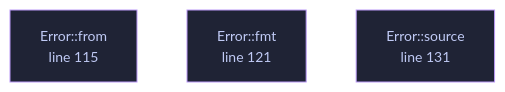
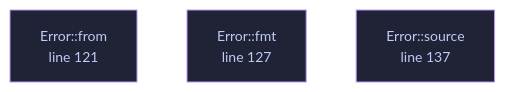
One commit to tilas01/veilvoice changed the diagram in docs/files/veilvoice-guard/lib.md. Above: the diagram before and after it, drawn with Mermaid. The commit also changed other lines of this file and 115 other files, not shown here.

````diff
--- a/docs/files/veilvoice-guard/lib.md
+++ b/docs/files/veilvoice-guard/lib.md
@@ -113,14 +117,14 @@
 ```mermaid
 %%{init: {"theme":"base","themeVariables":{"background":"#1a1b26","primaryColor":"#1f2335","primaryTextColor":"#c0caf5","primaryBorderColor":"#7aa2f7","secondaryColor":"#16161e","tertiaryColor":"#16161e","lineColor":"#737aa2","textColor":"#c0caf5","mainBkg":"#1f2335","nodeBorder":"#7aa2f7","clusterBkg":"#16161e","clusterBorder":"#2f3549","fontFamily":"ui-monospace, SFMono-Regular, Consolas, monospace","fontSize":"14px"}}}%%
 flowchart TD
-    n_from["Error::from<br/>line 109"]
     n_from["Error::from<br/>line 115"]
-    n_fmt["Error::fmt<br/>line 121"]
-    n_source["Error::source<br/>line 131"]
-    click n_from href "https://github.com/tilas01/veilvoice/blob/main/crates/veilvoice-guard/src/lib.rs#L109" "open the source"
+    n_from["Error::from<br/>line 121"]
+    n_fmt["Error::fmt<br/>line 127"]
+    n_source["Error::source<br/>line 137"]
     click n_from href "https://github.com/tilas01/veilvoice/blob/main/crates/veilvoice-guard/src/lib.rs#L115" "open the source"
-    click n_fmt href "https://github.com/tilas01/veilvoice/blob/main/crates/veilvoice-guard/src/lib.rs#L121" "open the source"
-    click n_source href "https://github.com/tilas01/veilvoice/blob/main/crates/veilvoice-guard/src/lib.rs#L131" "open the source"
+    click n_from href "https://github.com/tilas01/veilvoice/blob/main/crates/veilvoice-guard/src/lib.rs#L121" "open the source"
+    click n_fmt href "https://github.com/tilas01/veilvoice/blob/main/crates/veilvoice-guard/src/lib.rs#L127" "open the source"
+    click n_source href "https://github.com/tilas01/veilvoice/blob/main/crates/veilvoice-guard/src/lib.rs#L137" "open the source"
     classDef helper fill:#1f2335,stroke:#bb9af7,color:#c0caf5
     class n_from,n_from,n_fmt,n_source helper
 ```
````
